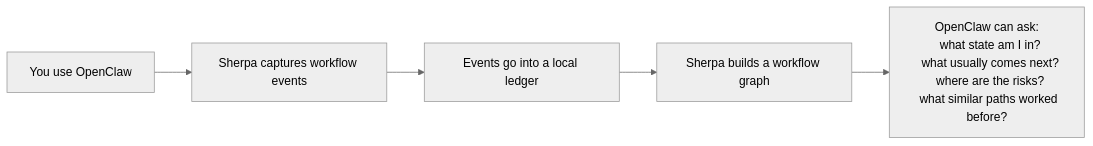
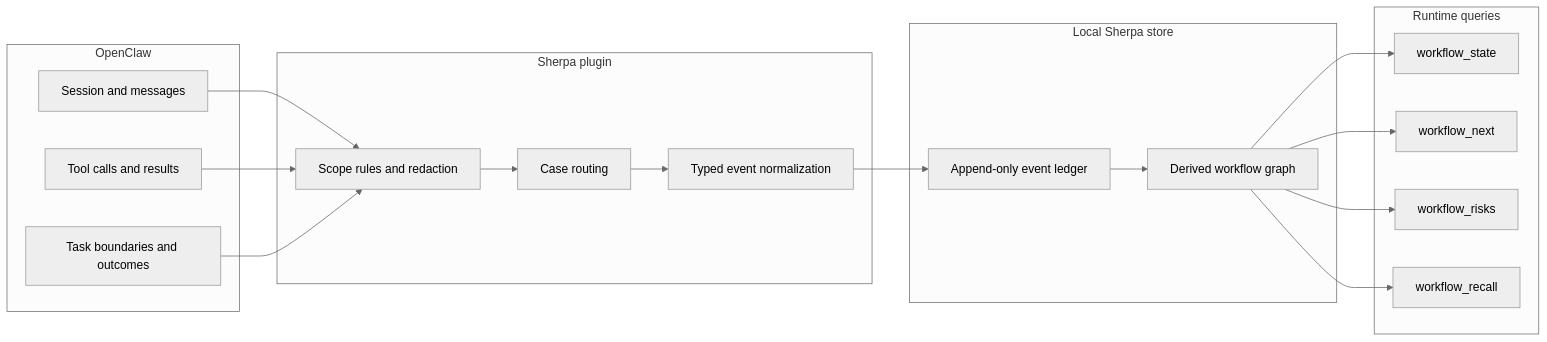
The first of 2 diagrams in README.md (cbun/sherpa), drawn with Mermaid (neutral theme) before and after one commit. The commit also changed other lines of this file, not shown here.

Commit message:
docs(readme): improve architecture diagrams

````diff
--- a/README.md
+++ b/README.md
@@ -44,11 +44,36 @@
 ```mermaid
 flowchart LR
-  A["You use OpenClaw"] --> B["Sherpa captures workflow events"]
-  B --> C["Events go into a local ledger"]
-  C --> D["Sherpa builds a workflow graph"]
-  D --> E["OpenClaw can ask:
-  what state am I in?
-  what usually comes next?
-  where are the risks?
-  what similar paths worked before?"]
+  subgraph OC["OpenClaw"]
+    A["Session and messages"]
+    B["Tool calls and results"]
+    C["Task boundaries and outcomes"]
+  end
+
+  subgraph PL["Sherpa plugin"]
+    D["Scope rules and redaction"]
+    E["Case routing"]
+    F["Typed event normalization"]
+  end
+
+  subgraph ST["Local Sherpa store"]
+    G["Append-only event ledger"]
+    H["Derived workflow graph"]
+  end
+
+  subgraph RT["Runtime queries"]
+    I["workflow_state"]
+    J["workflow_next"]
+    K["workflow_risks"]
+    L["workflow_recall"]
+  end
+
+  A --> D
+  B --> D
+  C --> D
+  D --> E --> F --> G
+  G --> H
+  H --> I
+  H --> J
+  H --> K
+  H --> L
 ```
````
